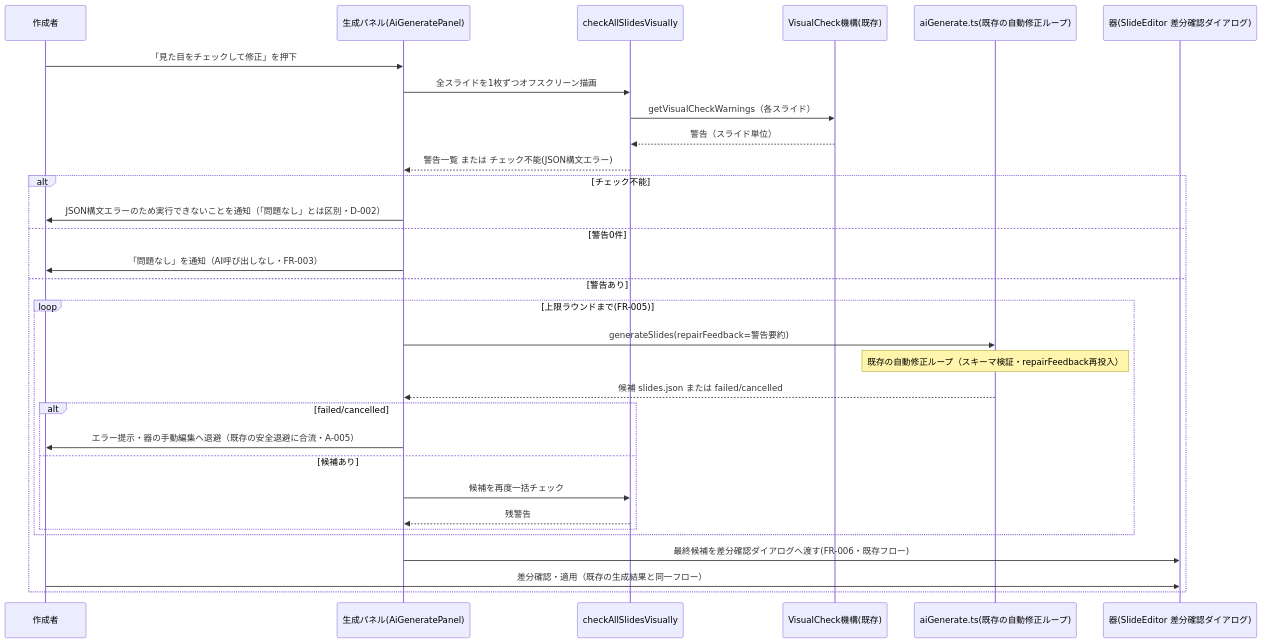
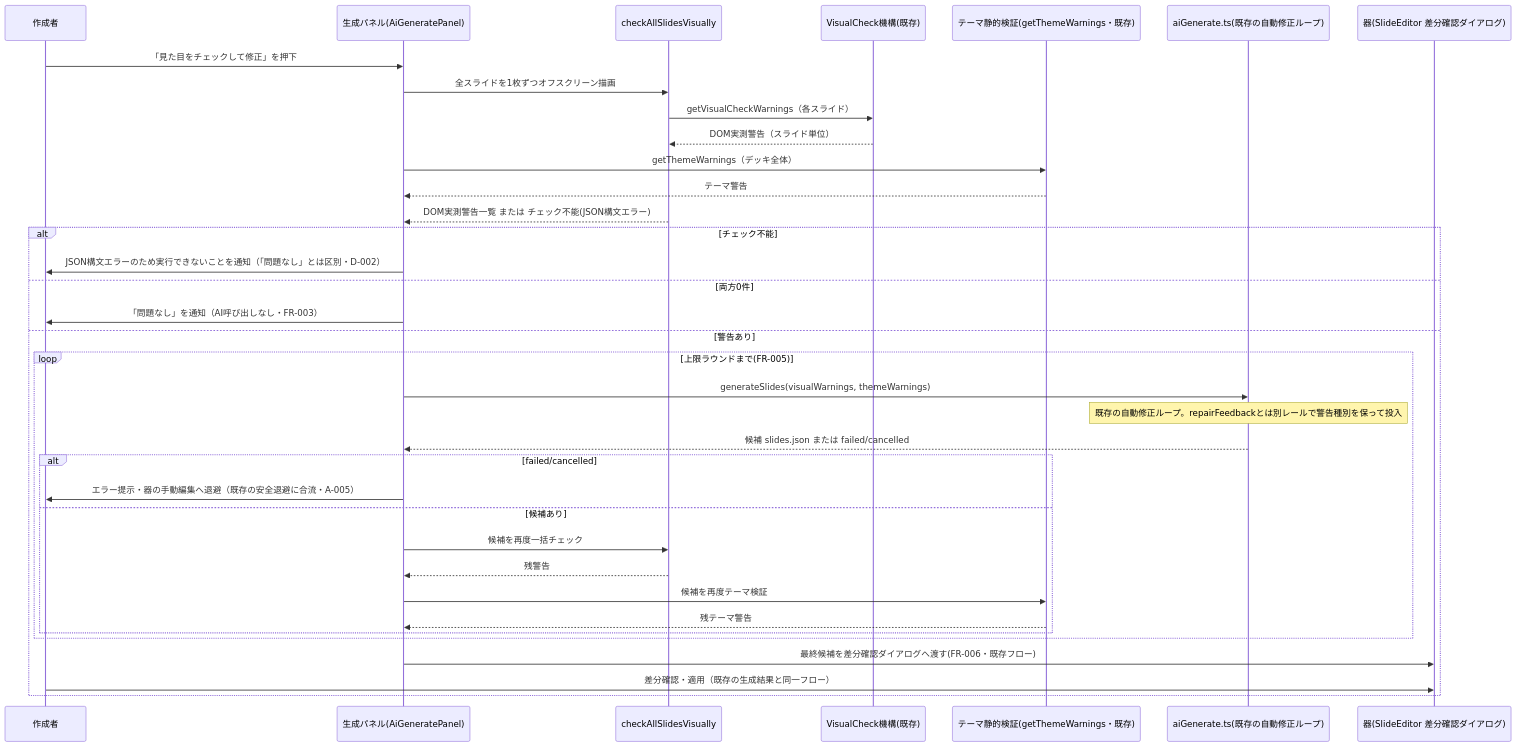
One commit to ToshikiImagawa/slide-presentation-app changed the diagram in .sdd/specification/ai-visual-check-and-fix_spec.md. Above: the diagram before and after it, drawn with Mermaid. The commit also changed other lines of this file and 11 other files, not shown here.

````diff
--- a/.sdd/specification/ai-visual-check-and-fix_spec.md
+++ b/.sdd/specification/ai-visual-check-and-fix_spec.md
@@ -164,34 +182,39 @@
 ```mermaid
 sequenceDiagram
     participant U as 作成者
     participant Panel as 生成パネル(AiGeneratePanel)
     participant Check as checkAllSlidesVisually
     participant VC as VisualCheck機構(既存)
+    participant TC as テーマ静的検証(getThemeWarnings・既存)
     participant Gen as aiGenerate.ts(既存の自動修正ループ)
     participant Editor as 器(SlideEditor 差分確認ダイアログ)
 
     U->>Panel: 「見た目をチェックして修正」を押下
     Panel->>Check: 全スライドを1枚ずつオフスクリーン描画
     Check->>VC: getVisualCheckWarnings（各スライド）
-    VC-->>Check: 警告（スライド単位）
-    Check-->>Panel: 警告一覧 または チェック不能(JSON構文エラー)
+    VC-->>Check: DOM実測警告（スライド単位）
+    Panel->>TC: getThemeWarnings（デッキ全体）
+    TC-->>Panel: テーマ警告
+    Check-->>Panel: DOM実測警告一覧 または チェック不能(JSON構文エラー)
     alt チェック不能
         Panel->>U: JSON構文エラーのため実行できないことを通知（「問題なし」とは区別・D-002）
-    else 警告0件
+    else 両方0件
         Panel->>U: 「問題なし」を通知（AI呼び出しなし・FR-003）
     else 警告あり
         loop 上限ラウンドまで(FR-005)
-            Panel->>Gen: generateSlides(repairFeedback=警告要約)
-            Note over Gen: 既存の自動修正ループ（スキーマ検証・repairFeedback再投入）
+            Panel->>Gen: generateSlides(visualWarnings, themeWarnings)
+            Note over Gen: 既存の自動修正ループ。repairFeedbackとは別レールで警告種別を保って投入
             Gen-->>Panel: 候補 slides.json または failed/cancelled
             alt failed/cancelled
                 Panel->>U: エラー提示・器の手動編集へ退避（既存の安全退避に合流・A-005）
             else 候補あり
                 Panel->>Check: 候補を再度一括チェック
                 Check-->>Panel: 残警告
+                Panel->>TC: 候補を再度テーマ検証
+                TC-->>Panel: 残テーマ警告
             end
         end
         Panel->>Editor: 最終候補を差分確認ダイアログへ渡す(FR-006・既存フロー)
         U->>Editor: 差分確認・適用（既存の生成結果と同一フロー）
     end
 ```
````
